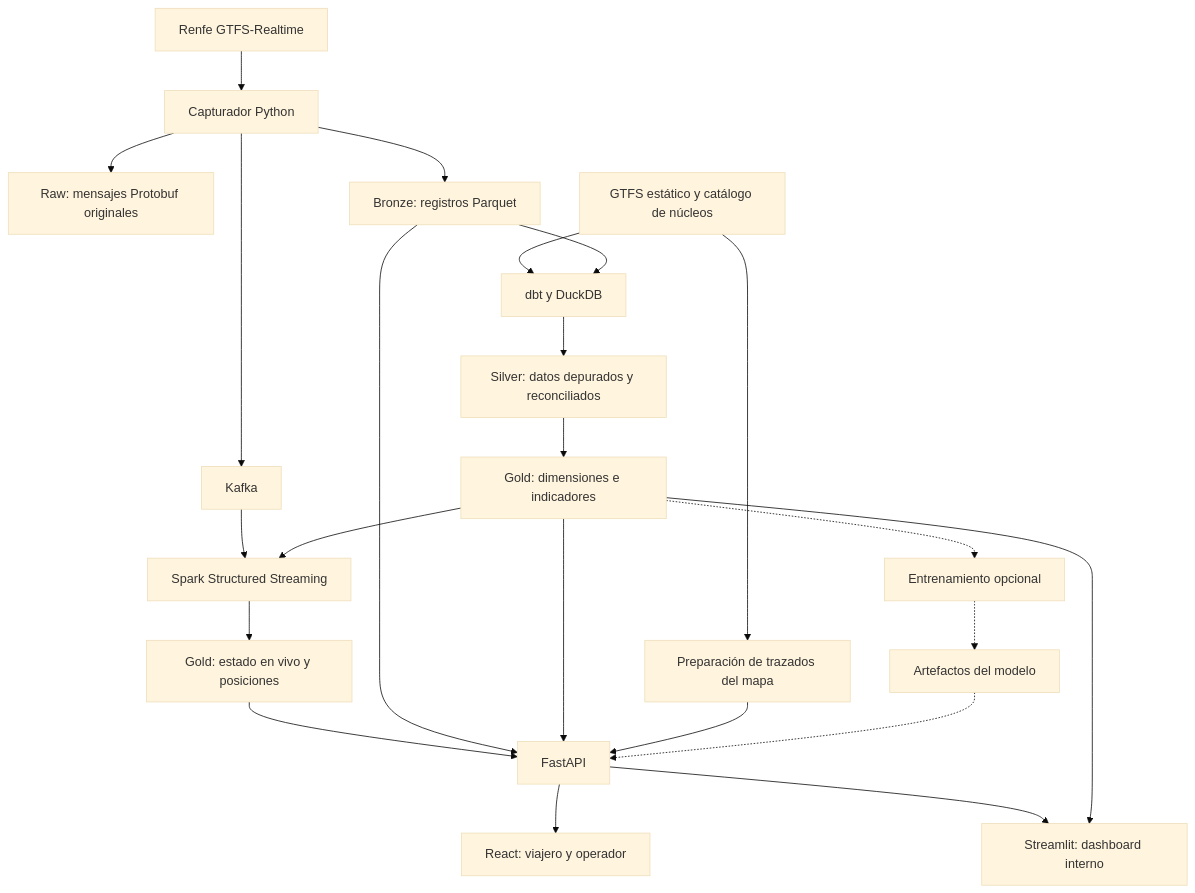
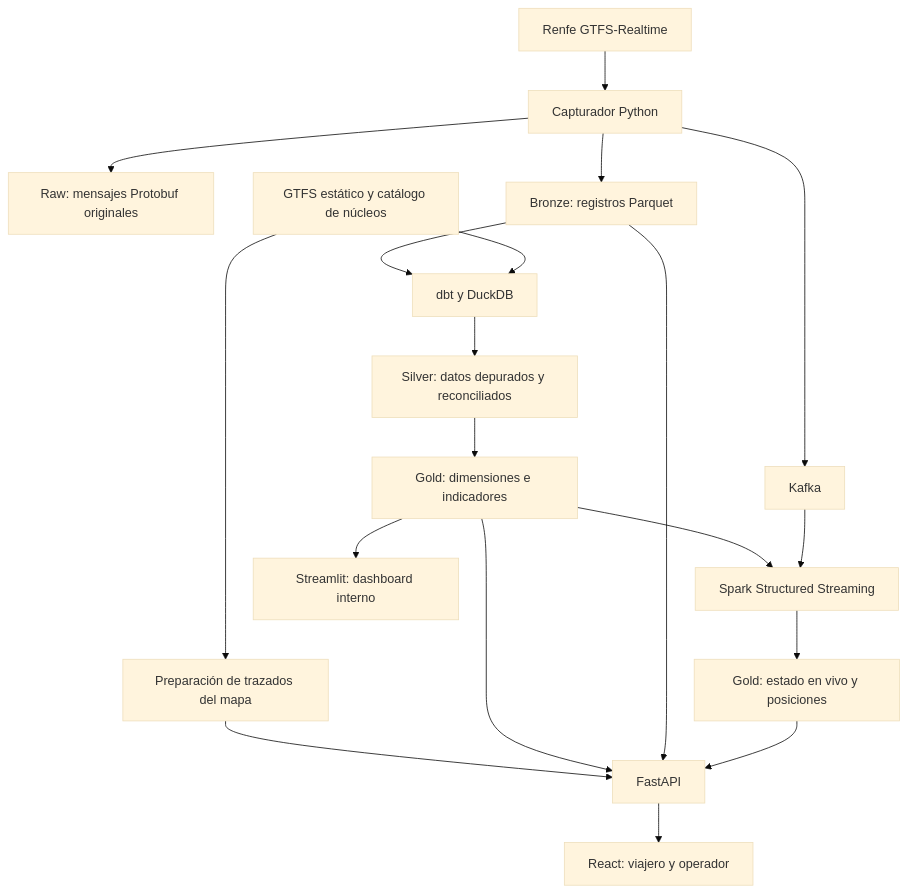
One commit to mikiligero/anticipa changed the diagram in README.md. Above: the diagram before and after it, drawn with Mermaid (base theme). The commit also changed other lines of this file and 43 other files, not shown here.

````diff
--- a/README.md
+++ b/README.md
@@ -67,28 +65,23 @@
 ```mermaid
 flowchart TD
     RT[Renfe GTFS-Realtime] --> ING[Capturador Python]
     ING --> RAW[Raw: mensajes Protobuf originales]
     ING --> BRONZE[Bronze: registros Parquet]
     ING --> KAFKA[Kafka]
     KAFKA --> SPARK[Spark Structured Streaming]
     SPARK --> LIVE[Gold: estado en vivo y posiciones]
 
     STATIC[GTFS estático y catálogo de núcleos] --> DBT[dbt y DuckDB]
     BRONZE --> DBT
     DBT --> SILVER[Silver: datos depurados y reconciliados]
     SILVER --> GOLD[Gold: dimensiones e indicadores]
     GOLD --> SPARK
     STATIC --> GEOM[Preparación de trazados del mapa]
 
     LIVE --> API[FastAPI]
     BRONZE --> API
     GOLD --> API
     GEOM --> API
     API --> WEB[React: viajero y operador]
-    API --> DASH[Streamlit: dashboard interno]
-    GOLD --> DASH
-
-    GOLD -.-> ML[Entrenamiento opcional]
-    ML -.-> MODELS[Artefactos del modelo]
-    MODELS -.-> API
+    GOLD --> DASH[Streamlit: dashboard interno]
 ```
````
